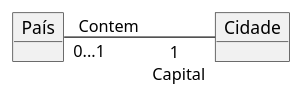
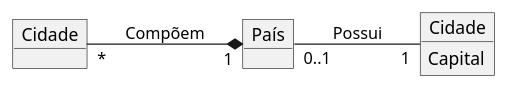
The diagram in Imagens/modelos-01/imagem-07/mod01ima07.plantuml (kyriosdata/oo), drawn with PlantUML before and after one commit. The commit also changed 8 other files, not shown here.

```diff
--- a/Imagens/modelos-01/imagem-07/mod01ima07.plantuml
+++ b/Imagens/modelos-01/imagem-07/mod01ima07.plantuml
@@ -1,8 +1,9 @@
-@startuml
-skinparam Linetype ortho
+@startuml mod01ima07
 object "País" as pa
 object "Cidade" as ci
+object "Cidade" as ca
+ca : Capital
 left to right direction
-pa"0...1"---"1 \n Capital"ci: "Contem"
-
+pa"0..1"--"1"ca: "Possui"
+ci"*" --* "1"pa: "Compõem" 
 @enduml
```
